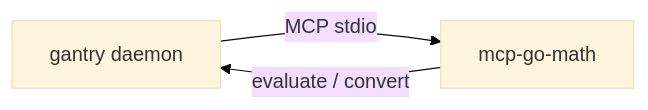
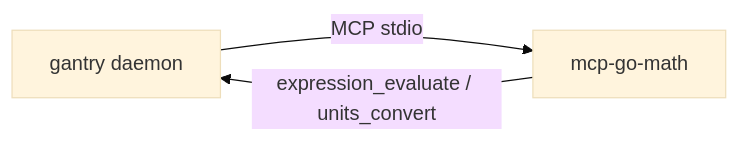
Before and after one commit to shotah/ai-gantry: the diagram in local-agent/docs/math.md, drawn with Mermaid (base theme). The commit also changed other lines of this file and 34 other files, not shown here.

````diff
--- a/local-agent/docs/math.md
+++ b/local-agent/docs/math.md
@@ -10,5 +10,5 @@
 ```mermaid
 flowchart LR
   GN[gantry daemon] -->|MCP stdio| M[mcp-go-math]
-  M -->|evaluate / convert| GN
+  M -->|expression_evaluate / units_convert| GN
 ```
````
